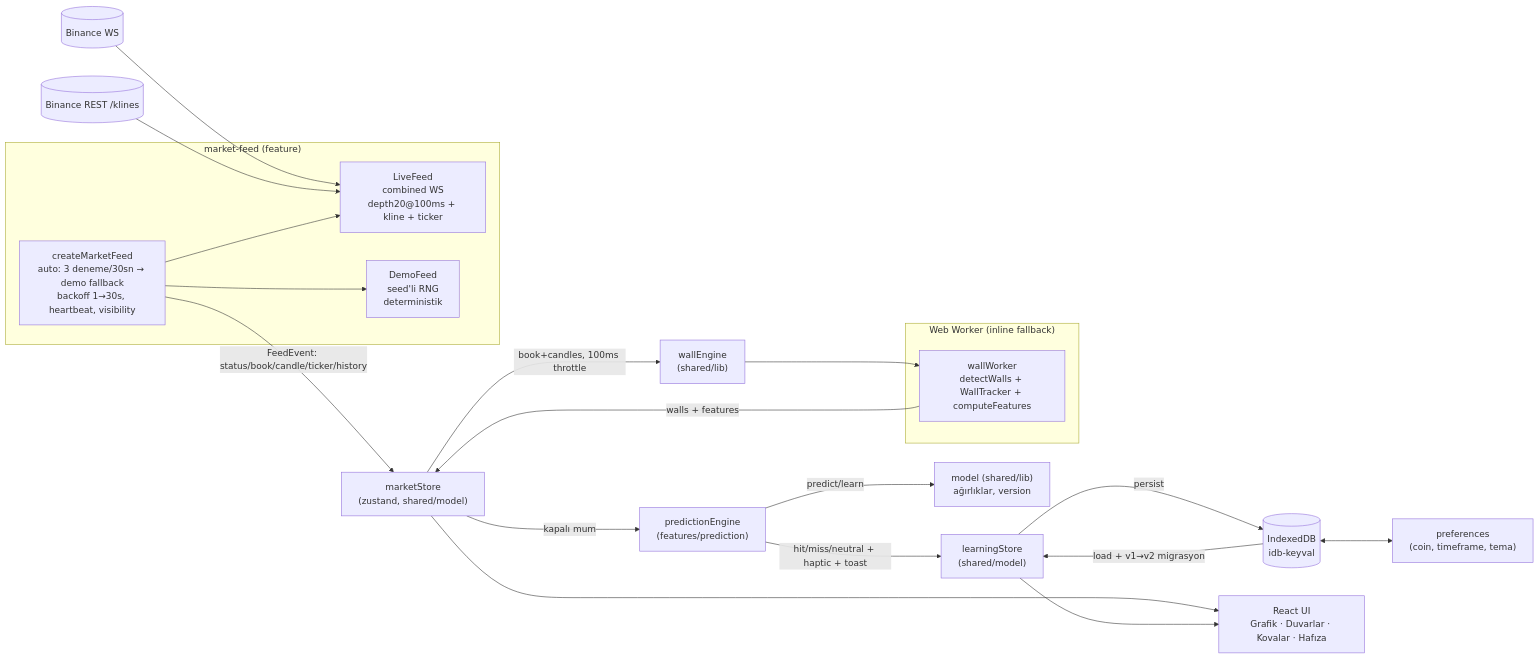
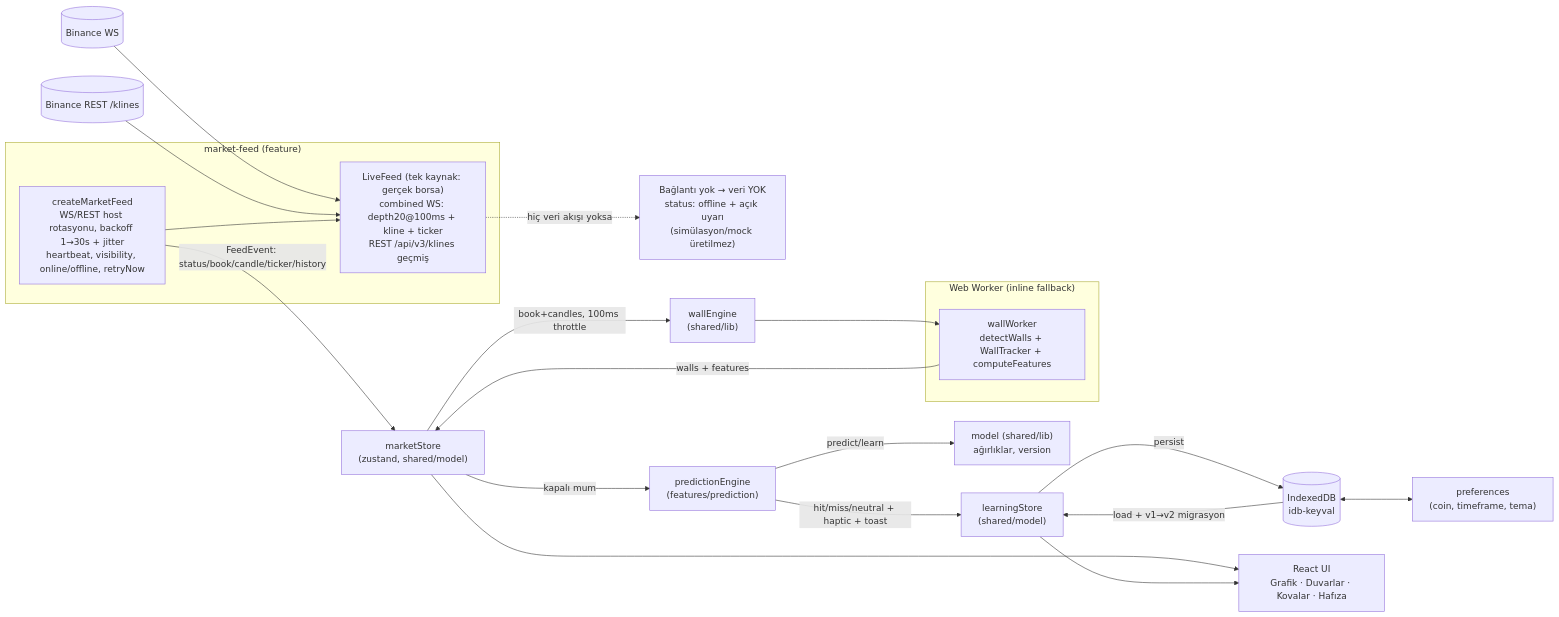
The diagram in docs/ARCHITECTURE.md (ahmetbysoy/walliz), drawn with Mermaid before and after one commit. The commit also changed other lines of this file and 42 other files, not shown here.

````diff
--- a/docs/ARCHITECTURE.md
+++ b/docs/ARCHITECTURE.md
@@ -18,32 +18,32 @@
 ```mermaid
 flowchart LR
   subgraph Feed ["market-feed (feature)"]
-    LIVE["LiveFeed<br/>combined WS<br/>depth20@100ms + kline + ticker"]
-    DEMO["DemoFeed<br/>seed'li RNG<br/>deterministik"]
-    CTRL["createMarketFeed<br/>auto: 3 deneme/30sn → demo fallback<br/>backoff 1→30s, heartbeat, visibility"]
+    LIVE["LiveFeed (tek kaynak: gerçek borsa)<br/>combined WS: depth20@100ms + kline + ticker<br/>REST /api/v3/klines geçmiş"]
+    CTRL["createMarketFeed<br/>WS/REST host rotasyonu, backoff 1→30s + jitter<br/>heartbeat, visibility, online/offline, retryNow"]
   end
 
   WS[(Binance WS)] --> LIVE
   REST[(Binance REST /klines)] --> LIVE
   CTRL --> LIVE
-  CTRL --> DEMO
+  NODATA["Bağlantı yok → veri YOK<br/>status: offline + açık uyarı<br/>(simülasyon/mock üretilmez)"]
+  LIVE -.->|hiç veri akışı yoksa| NODATA
 
   CTRL -->|FeedEvent: status/book/candle/ticker/history| MS["marketStore<br/>(zustand, shared/model)"]
 
   MS -->|book+candles, 100ms throttle| WE["wallEngine<br/>(shared/lib)"]
   subgraph Worker ["Web Worker (inline fallback)"]
     WK["wallWorker<br/>detectWalls + WallTracker + computeFeatures"]
   end
   WE --> WK
   WK -->|walls + features| MS
 
   MS -->|kapalı mum| PE["predictionEngine<br/>(features/prediction)"]
   PE -->|predict/learn| MD["model (shared/lib)<br/>ağırlıklar, version"]
   PE -->|hit/miss/neutral + haptic + toast| LS["learningStore<br/>(shared/model)"]
   LS -->|persist| IDB[(IndexedDB<br/>idb-keyval)]
   IDB -->|load + v1→v2 migrasyon| LS
   IDB <--> PREF["preferences<br/>(coin, timeframe, tema)"]
 
   MS --> UI["React UI<br/>Grafik · Duvarlar · Kovalar · Hafıza"]
   LS --> UI
 ```
````
